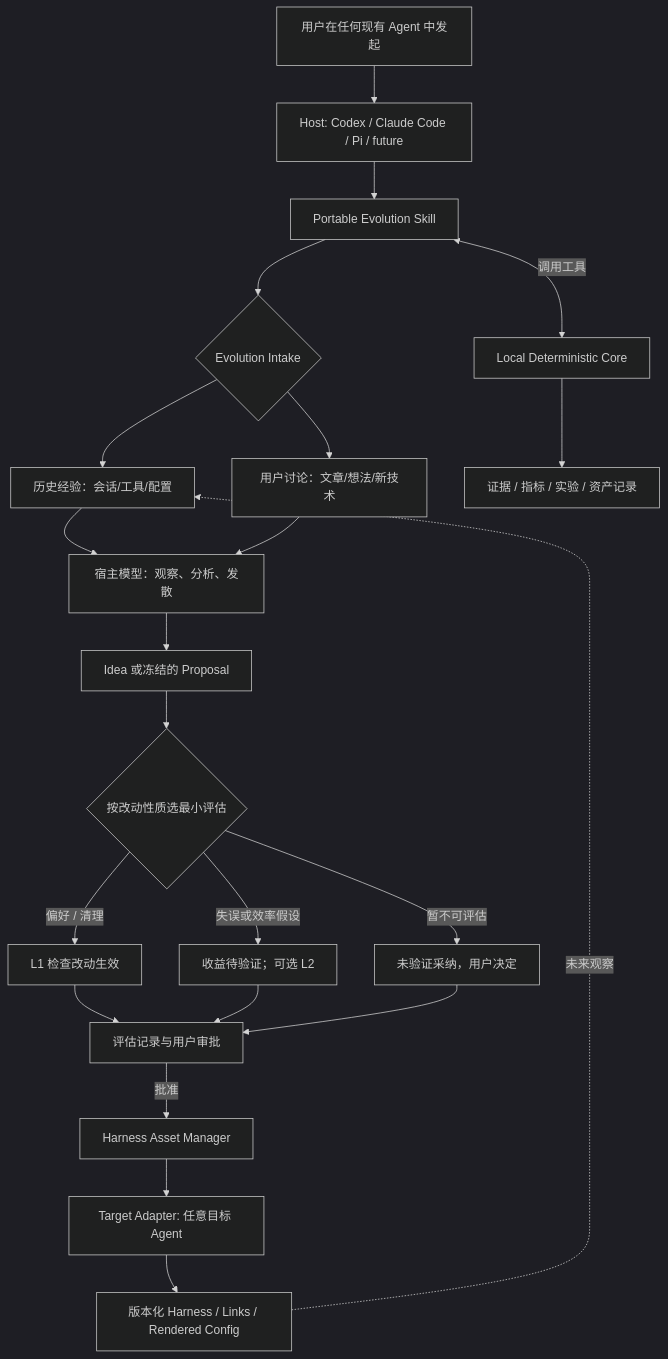
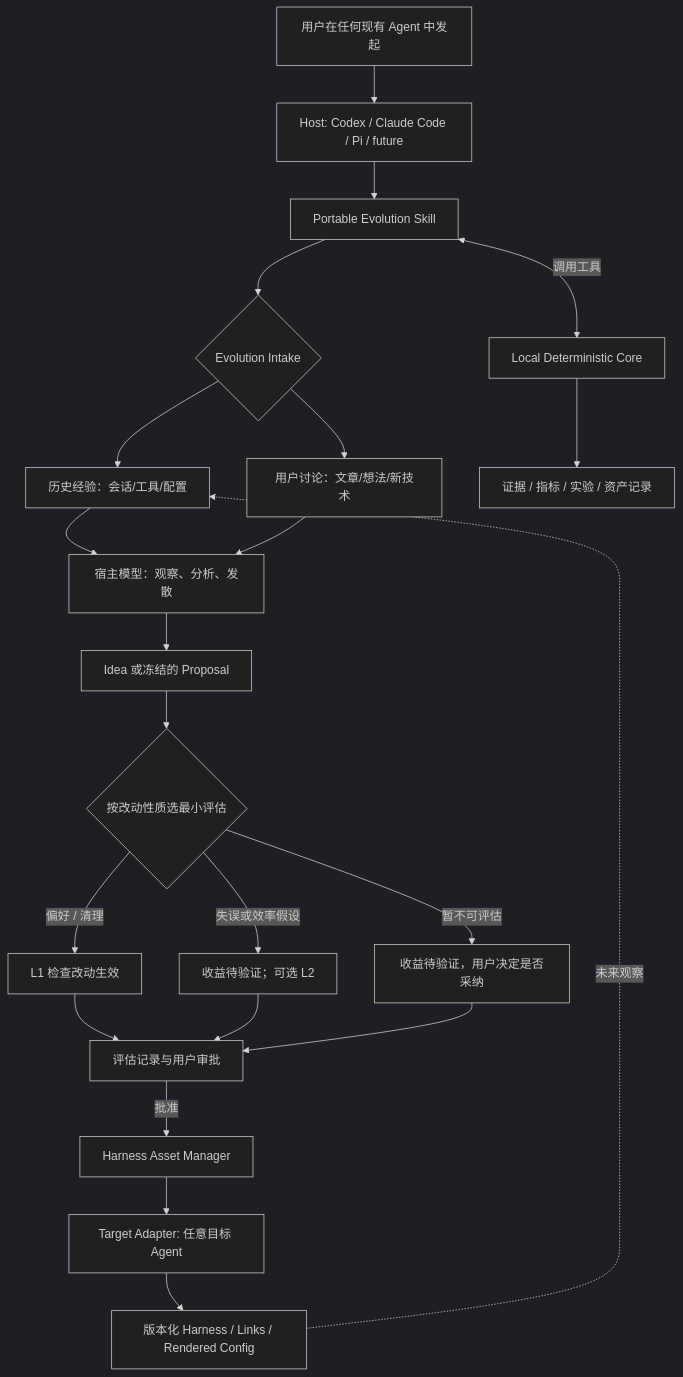
One commit to zzf2333/Harness-Grove changed the diagram in docs/PHE_SPEC.md. Above: the diagram before and after it, drawn with Mermaid (dark theme). The commit also changed other lines of this file and 3 other files, not shown here.

````diff
--- a/docs/PHE_SPEC.md
+++ b/docs/PHE_SPEC.md
@@ -152,24 +152,24 @@
 ```mermaid
 flowchart TD
     U[用户在任何现有 Agent 中发起] --> H[Host: Codex / Claude Code / Pi / future]
     H --> S[Portable Evolution Skill]
     S --> I{Evolution Intake}
     I --> E[历史经验：会话/工具/配置]
     I --> D[用户讨论：文章/想法/新技术]
     E --> A[宿主模型：观察、分析、发散]
     D --> A
     A --> P[Idea 或冻结的 Proposal]
     S <-->|调用工具| C[Local Deterministic Core]
     C --> R[证据 / 指标 / 实验 / 资产记录]
     P --> G{按改动性质选最小评估}
     G -->|偏好 / 清理| V[L1 检查改动生效]
     G -->|失误或效率假设| W[收益待验证；可选 L2]
-    G -->|暂不可评估| J[未验证采纳，用户决定]
+    G -->|暂不可评估| J[收益待验证，用户决定是否采纳]
     V --> X[评估记录与用户审批]
     W --> X
     J --> X
     X -->|批准| M[Harness Asset Manager]
     M --> T[Target Adapter: 任意目标 Agent]
     T --> F[版本化 Harness / Links / Rendered Config]
     F -.未来观察.-> E
 ```
````
